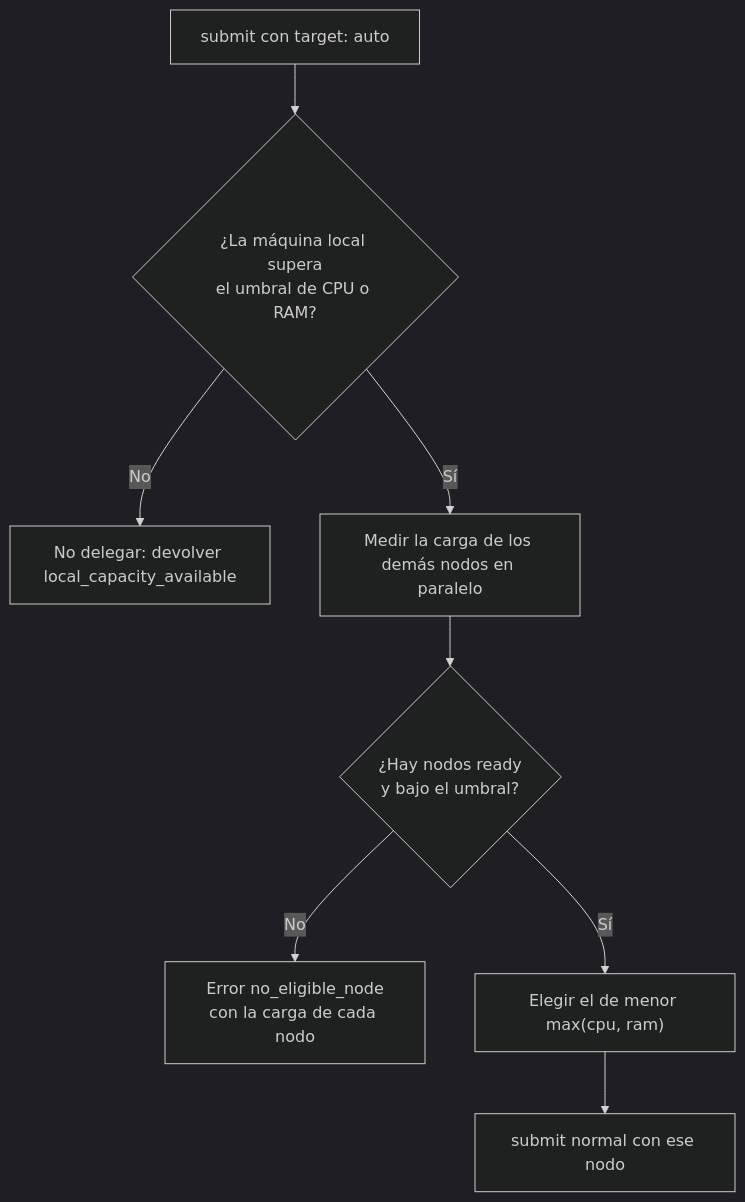
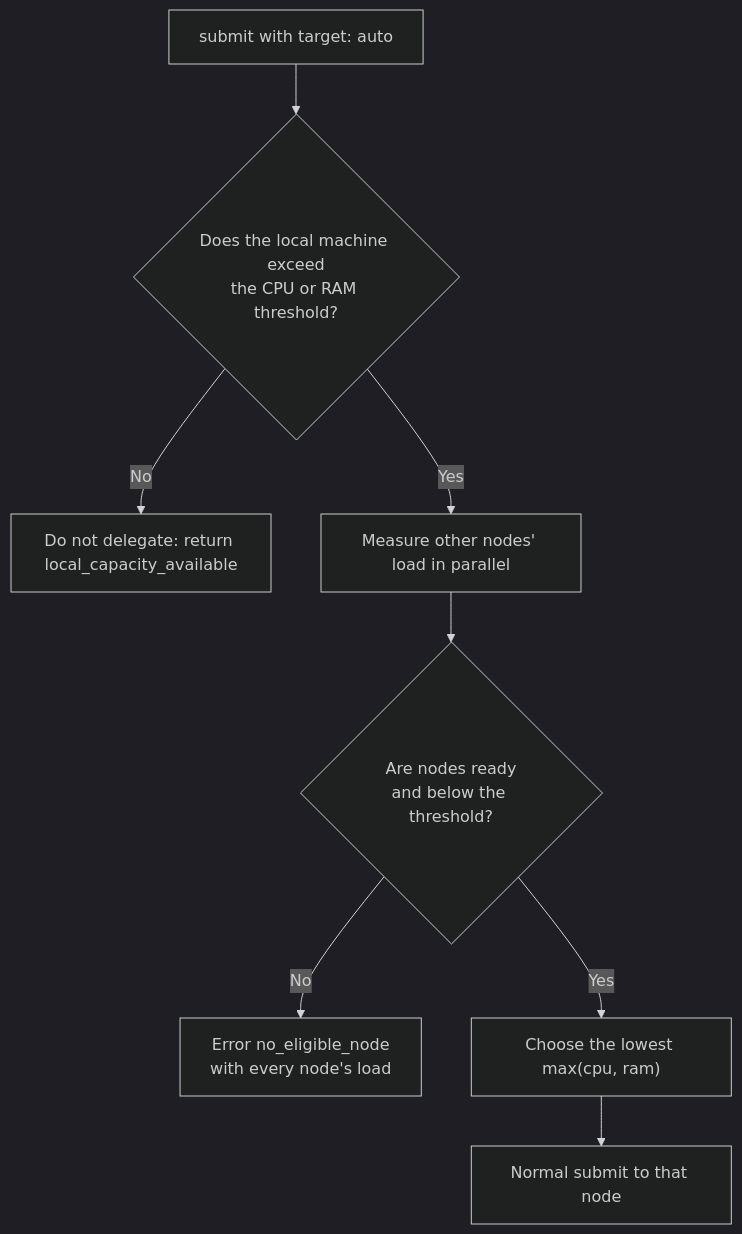
Before and after one commit to LeonardoX77/agent-swarm: the second of 2 diagrams in docs/features/load-aware-delegation-mcp.md, drawn with Mermaid (dark theme). The commit also changed other lines of this file and 25 other files, not shown here.

````diff
--- a/docs/features/load-aware-delegation-mcp.md
+++ b/docs/features/load-aware-delegation-mcp.md
@@ -85,10 +85,10 @@
 ```mermaid
 flowchart TD
-    A["submit con target: auto"] --> B{"¿La máquina local supera<br/>el umbral de CPU o RAM?"}
-    B -- No --> L["No delegar: devolver local_capacity_available"]
-    B -- Sí --> C["Medir la carga de los demás nodos en paralelo"]
-    C --> E{"¿Hay nodos ready<br/>y bajo el umbral?"}
-    E -- No --> X["Error no_eligible_node<br/>con la carga de cada nodo"]
-    E -- Sí --> F["Elegir el de menor max(cpu, ram)"]
-    F --> G["submit normal con ese nodo"]
+    A["submit with target: auto"] --> B{"Does the local machine exceed<br/>the CPU or RAM threshold?"}
+    B -- No --> L["Do not delegate: return local_capacity_available"]
+    B -- Yes --> C["Measure other nodes' load in parallel"]
+    C --> E{"Are nodes ready<br/>and below the threshold?"}
+    E -- No --> X["Error no_eligible_node<br/>with every node's load"]
+    E -- Yes --> F["Choose the lowest max(cpu, ram)"]
+    F --> G["Normal submit to that node"]
 ```
````
